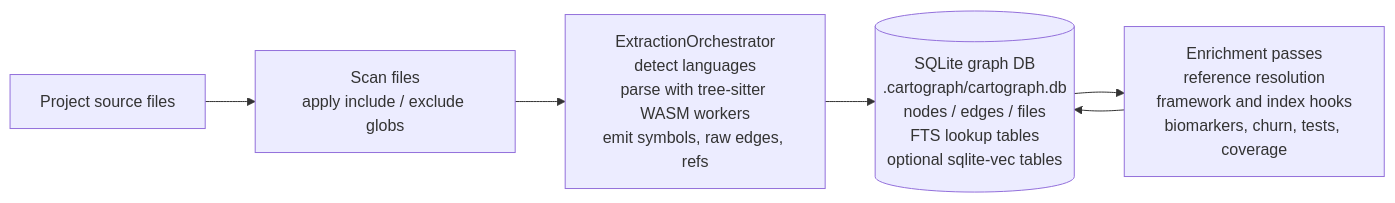
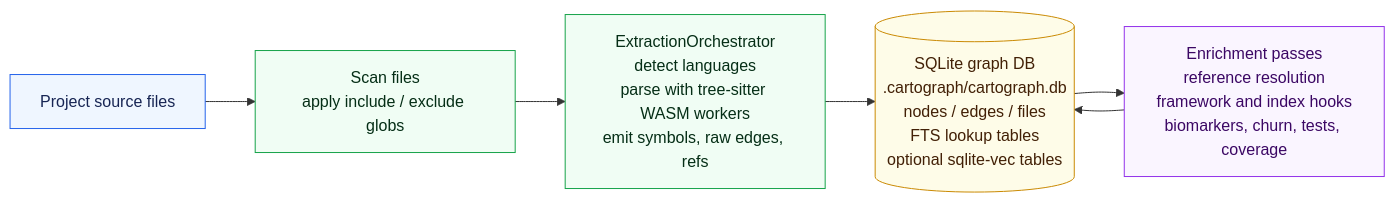
Before and after one commit to adder-factory/Cartograph: the first of 2 diagrams in README.md, drawn with Mermaid. The commit also changed other lines of this file, not shown here.

````diff
--- a/README.md
+++ b/README.md
@@ -215,10 +243,19 @@
 ```mermaid
 flowchart LR
   source["Project source files"]
   scan["Scan files<br/>apply include / exclude globs"]
   extract["ExtractionOrchestrator<br/>detect languages<br/>parse with tree-sitter WASM workers<br/>emit symbols, raw edges, refs"]
   store[("SQLite graph DB<br/>.cartograph/cartograph.db<br/>nodes / edges / files<br/>FTS lookup tables<br/>optional sqlite-vec tables")]
   enrich["Enrichment passes<br/>reference resolution<br/>framework and index hooks<br/>biomarkers, churn, tests, coverage"]
 
   source --> scan --> extract --> store --> enrich --> store
+
+  classDef input fill:#eff6ff,stroke:#2563eb,color:#172554
+  classDef process fill:#f0fdf4,stroke:#16a34a,color:#052e16
+  classDef storage fill:#fefce8,stroke:#ca8a04,color:#422006
+  classDef enrich fill:#faf5ff,stroke:#9333ea,color:#3b0764
+  class source input
+  class scan,extract process
+  class store storage
+  class enrich enrich
 ```
````
